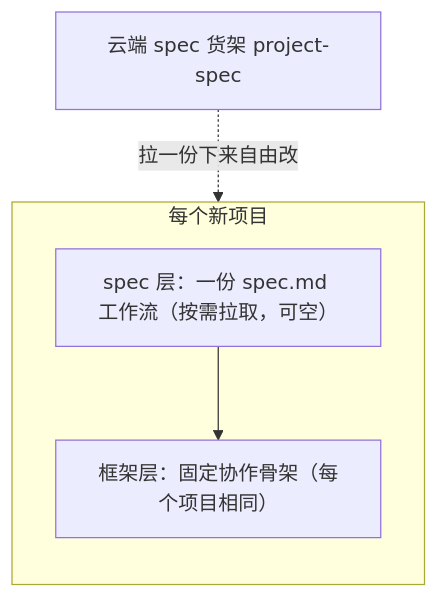
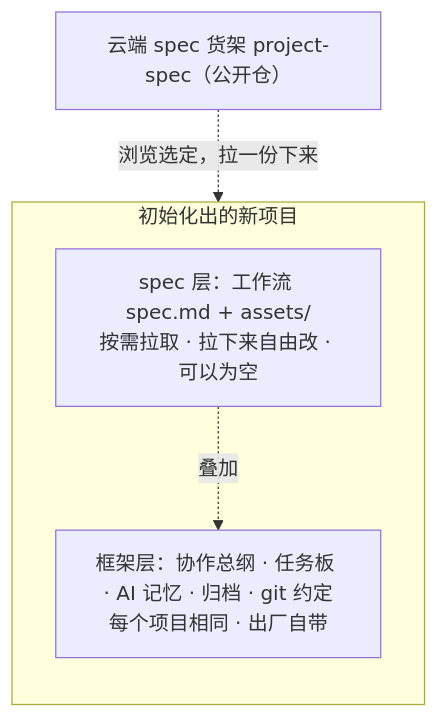
Before and after one commit to The-Daybreaker/project-spec: the second of 2 diagrams in README.md, drawn with Mermaid. The commit also changed other lines of this file and 3 other files, not shown here.

````diff
--- a/README.md
+++ b/README.md
@@ -26,11 +65,11 @@
 ```mermaid
 flowchart TB
-  CLOUD["云端 spec 货架 project-spec"]
-  subgraph PROJ["每个新项目"]
+  CLOUD["云端 spec 货架 project-spec（公开仓）"]
+  subgraph PROJ["初始化出的新项目"]
     direction TB
-    SPEC["spec 层：一份 spec.md 工作流（按需拉取，可空）"]
-    FRAME["框架层：固定协作骨架（每个项目相同）"]
-    SPEC --> FRAME
+    SPEC["spec 层：工作流 spec.md + assets/<br/>按需拉取 · 拉下来自由改 · 可以为空"]
+    FRAME["框架层：协作总纲 · 任务板 · AI 记忆 · 归档 · git 约定<br/>每个项目相同 · 出厂自带"]
+    SPEC -. "叠加" .-> FRAME
   end
-  CLOUD -. "拉一份下来自由改" .-> SPEC
+  CLOUD -. "浏览选定，拉一份下来" .-> SPEC
 ```
````
